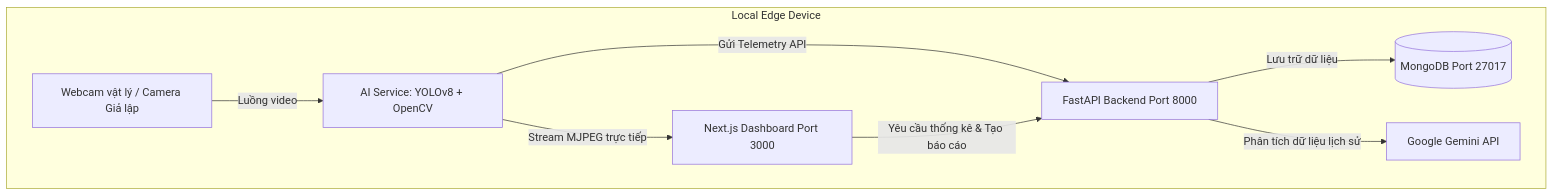
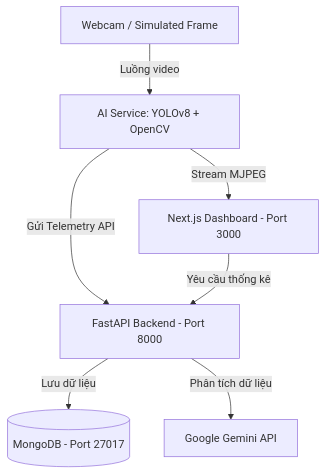
The diagram in README.md (Datdajt03/egde_ai_demo), drawn with Mermaid before and after one commit. The commit also changed other lines of this file, not shown here.

````diff
--- a/README.md
+++ b/README.md
@@ -37,11 +32,9 @@
 ```mermaid
 graph TD
-    subgraph Local Edge Device
-        Cam[Webcam vật lý / Camera Giả lập] -->|Luồng video| AIService[AI Service: YOLOv8 + OpenCV]
-        AIService -->|Stream MJPEG trực tiếp| Frontend[Next.js Dashboard Port 3000]
-        AIService -->|Gửi Telemetry API| Backend[FastAPI Backend Port 8000]
-        Backend -->|Lưu trữ dữ liệu| DB[(MongoDB Port 27017)]
-        Frontend -->|Yêu cầu thống kê & Tạo báo cáo| Backend
-        Backend -->|Phân tích dữ liệu lịch sử| Gemini[Google Gemini API]
-    end
+    Cam[Webcam / Simulated Frame] -->|Luồng video| AIService[AI Service: YOLOv8 + OpenCV]
+    AIService -->|Stream MJPEG| Frontend[Next.js Dashboard - Port 3000]
+    AIService -->|Gửi Telemetry API| Backend[FastAPI Backend - Port 8000]
+    Backend -->|Lưu dữ liệu| DB[(MongoDB - Port 27017)]
+    Frontend -->|Yêu cầu thống kê| Backend
+    Backend -->|Phân tích dữ liệu| Gemini[Google Gemini API]
 ```
````
